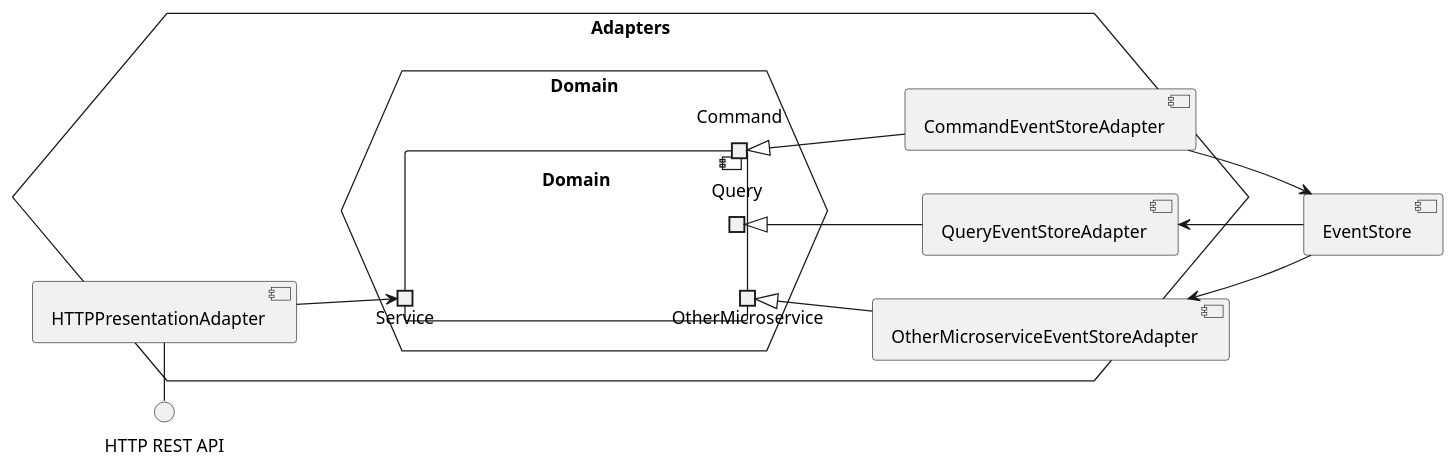
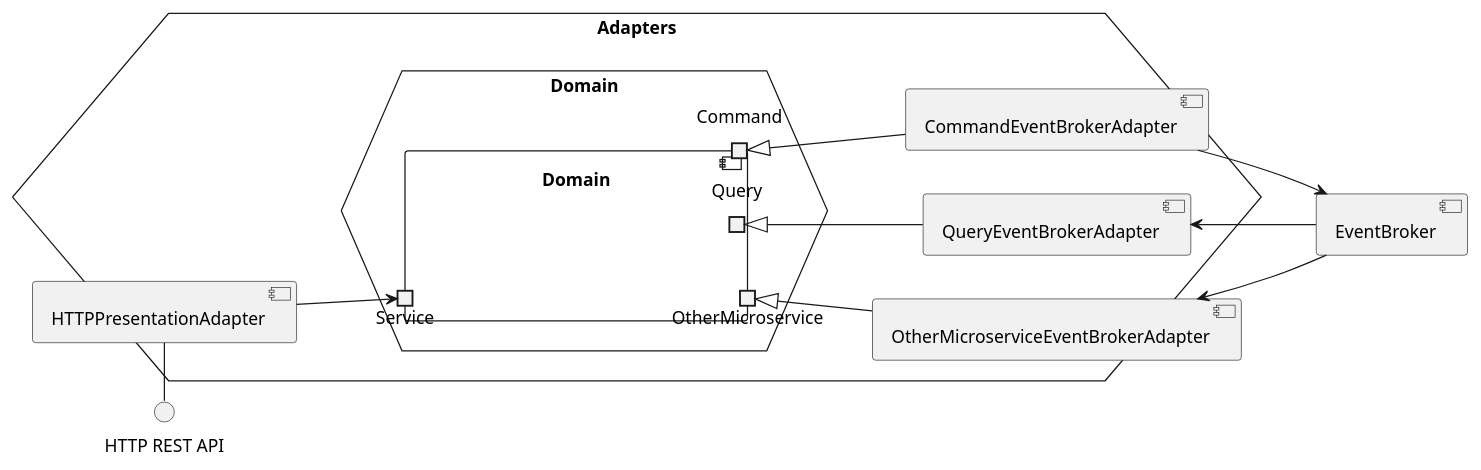
One commit to Ventus218/SAP-assignment-03 changed the diagram in doc/diagrams/src/generic-microservice-components.puml. Above: the diagram before and after it, drawn with PlantUML. The commit also changed 1 other file, not shown here.

Commit message:
Rename EventStore to more appropriate EventBroker

```diff
--- a/doc/diagrams/src/generic-microservice-components.puml
+++ b/doc/diagrams/src/generic-microservice-components.puml
@@ -1,35 +1,35 @@
 @startuml generic-microservice-components
 
 left to right direction
 
-component EventStore
+component EventBroker
 interface "HTTP REST API" as API
 
 hexagon Adapters {
     hexagon Domain as DomainHex {
         component Domain {
             portout OtherMicroservice
             portout Query
             portout Command
             portin Service
         }
     }
 
     component "HTTPPresentationAdapter" as HTTPAdapter
     HTTPAdapter -d-> Service
     HTTPAdapter -l-() API
 
-    component OtherMicroserviceEventStoreAdapter
-    OtherMicroserviceEventStoreAdapter -u-|> OtherMicroservice
-    OtherMicroserviceEventStoreAdapter <-r- EventStore
+    component OtherMicroserviceEventBrokerAdapter
+    OtherMicroserviceEventBrokerAdapter -u-|> OtherMicroservice
+    OtherMicroserviceEventBrokerAdapter <-r- EventBroker
     
-    component QueryEventStoreAdapter
-    QueryEventStoreAdapter -u-|> Query
-    QueryEventStoreAdapter <-- EventStore
+    component QueryEventBrokerAdapter
+    QueryEventBrokerAdapter -u-|> Query
+    QueryEventBrokerAdapter <-- EventBroker
 
-    component CommandEventStoreAdapter
-    CommandEventStoreAdapter -u-|> Command
-    CommandEventStoreAdapter --> EventStore
+    component CommandEventBrokerAdapter
+    CommandEventBrokerAdapter -u-|> Command
+    CommandEventBrokerAdapter --> EventBroker
 }
 
 @enduml
```
